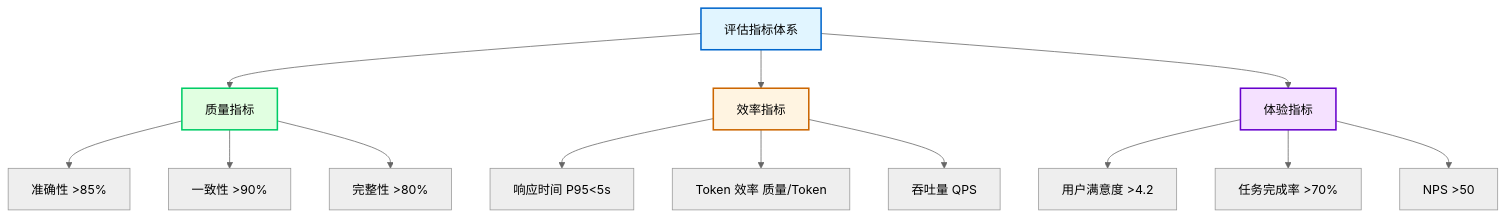
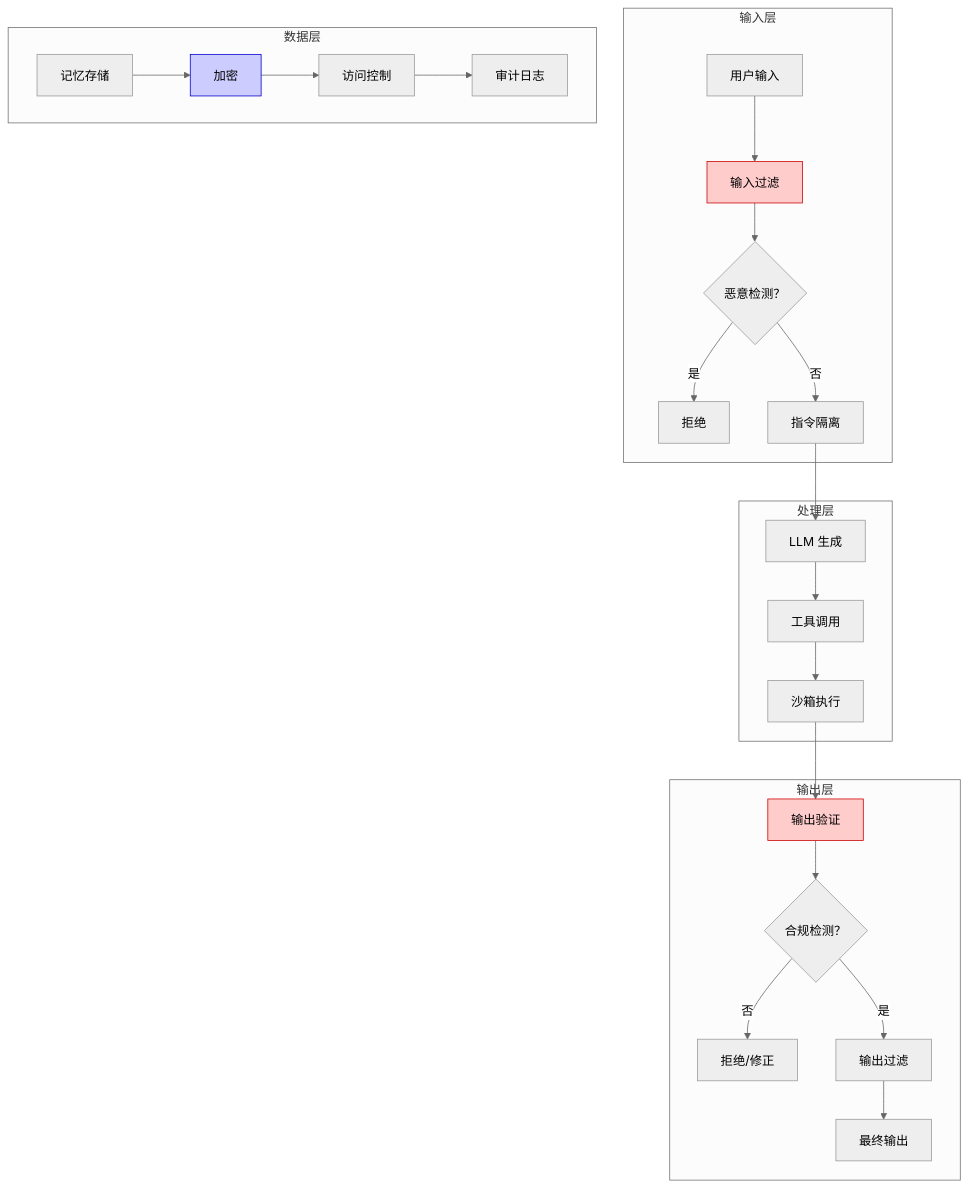
Before and after one commit to andyxai/agent-development-guide-book: the diagram in v2.8/03-场景篇/03-05-安全与隐私.md, drawn with Mermaid. The commit also changed other lines of this file and 5 other files, not shown here.

````diff
--- a/v2.8/03-场景篇/03-05-安全与隐私.md
+++ b/v2.8/03-场景篇/03-05-安全与隐私.md
@@ -183,25 +71,35 @@
 ```mermaid
 %%{init: {'theme': 'neutral'}}%%
 
-graph TD
-    A[评估指标体系] --> B[质量指标]
-    A --> C[效率指标]
-    A --> D[体验指标]
+graph TB
+    subgraph 输入层
+        A[用户输入] --> B[输入过滤]
+        B --> C{恶意检测？}
+        C -->|是 | D[拒绝]
+        C -->|否 | E[指令隔离]
+    end
     
-    B --> B1[准确性 >85%]
-    B --> B2[一致性 >90%]
-    B --> B3[完整性 >80%]
+    subgraph 处理层
+        E --> F[LLM 生成]
+        F --> G[工具调用]
+        G --> H[沙箱执行]
+    end
     
-    C --> C1[响应时间 P95<5s]
-    C --> C2[Token 效率 质量/Token]
-    C --> C3[吞吐量 QPS]
+    subgraph 输出层
+        H --> I[输出验证]
+        I --> J{合规检测？}
+        J -->|否 | K[拒绝/修正]
+        J -->|是 | L[输出过滤]
+        L --> M[最终输出]
+    end
     
-    D --> D1[用户满意度 >4.2]
-    D --> D2[任务完成率 >70%]
-    D --> D3[NPS >50]
+    subgraph 数据层
+        N[记忆存储] --> O[加密]
+        O --> P[访问控制]
+        P --> Q[审计日志]
+    end
     
-    style A fill:#e1f5ff,stroke:#0066cc,stroke-width:2px
-    style B fill:#e1ffe1,stroke:#00cc66,stroke-width:2px
-    style C fill:#fff4e1,stroke:#cc6600,stroke-width:2px
-    style D fill:#f5e1ff,stroke:#6600cc,stroke-width:2px
+    style B fill:#ffcccc,stroke:#cc0000
+    style I fill:#ffcccc,stroke:#cc0000
+    style O fill:#ccccff,stroke:#0000cc
 ```
````
